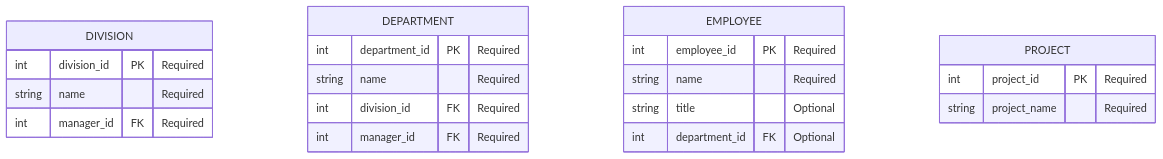
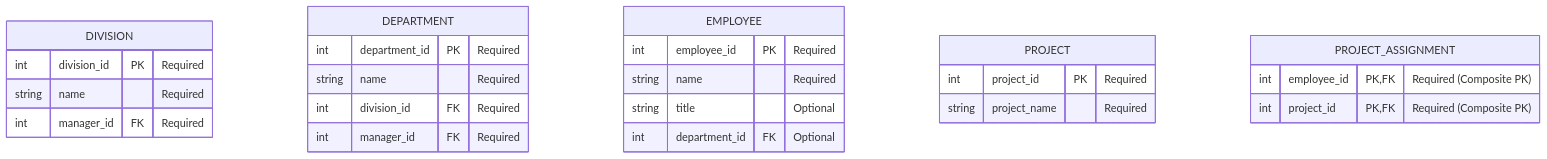
Before and after one commit to mszeihen/DatabaseProject-5725: the diagram in ERD_mid_diagram.qmd, drawn with Mermaid.

````diff
--- a/ERD_mid_diagram.qmd
+++ b/ERD_mid_diagram.qmd
@@ -14,25 +14,29 @@
 ```{mermaid}
 erDiagram
     DIVISION {
         int division_id PK "Required"
         string name "Required"
         int manager_id FK "Required"
     }
     DEPARTMENT {
         int department_id PK "Required"
         string name "Required"
         int division_id FK "Required"
         int manager_id FK "Required"
     }
     EMPLOYEE {
         int employee_id PK "Required"
         string name "Required"
         string title "Optional"
         int department_id FK "Optional"
     }
     PROJECT {
         int project_id PK "Required"
         string project_name "Required"
     }
+    PROJECT_ASSIGNMENT {
+        int employee_id PK, FK "Required (Composite PK)"
+        int project_id PK, FK "Required (Composite PK)"
+    }
 
 ```
````
